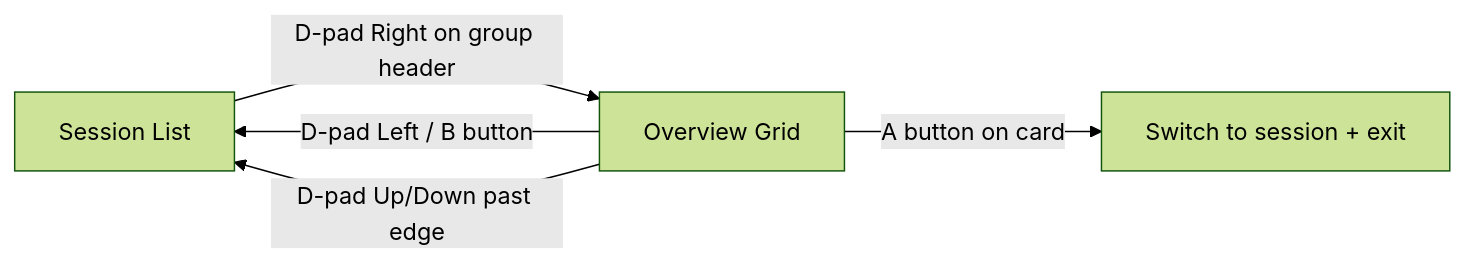
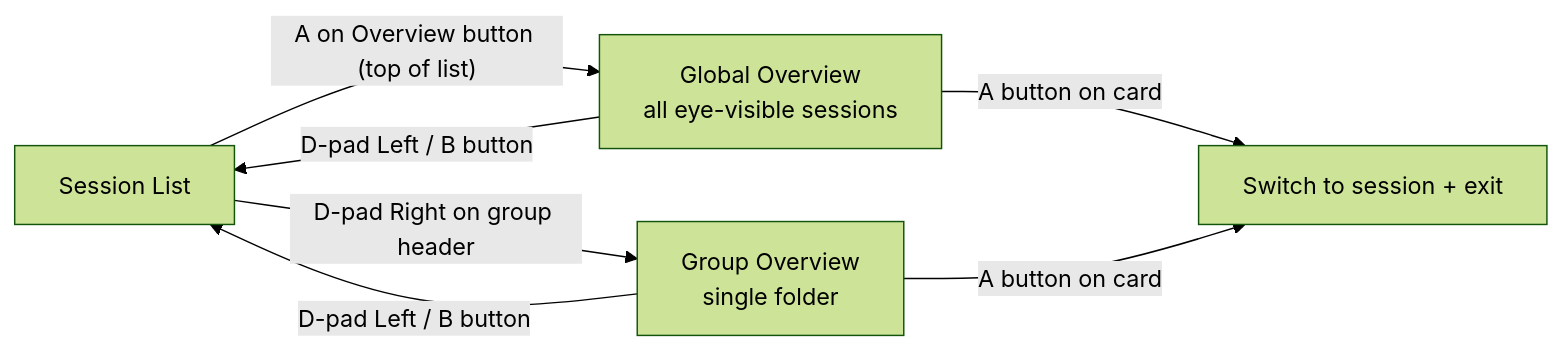
The first of 2 diagrams in docs/group-overview.md (PetePeter/gamepad-cli-hub), drawn with Mermaid (forest theme) before and after one commit. The commit also changed other lines of this file and 74 other files, not shown here.

````diff
--- a/docs/group-overview.md
+++ b/docs/group-overview.md
@@ -11,7 +14,9 @@
 ```mermaid
 flowchart LR
-    A[Session List] -->|"D-pad Right on group header"| B[Overview Grid]
+    A[Session List] -->|"A on Overview button (top of list)"| B[Global Overview<br/>all eye-visible sessions]
+    A -->|"D-pad Right on group header"| C[Group Overview<br/>single folder]
     B -->|"D-pad Left / B button"| A
-    B -->|"D-pad Up/Down past edge"| A
-    B -->|"A button on card"| C[Switch to session + exit]
+    C -->|"D-pad Left / B button"| A
+    B -->|"A button on card"| D[Switch to session + exit]
+    C -->|"A button on card"| D
 ```
````
